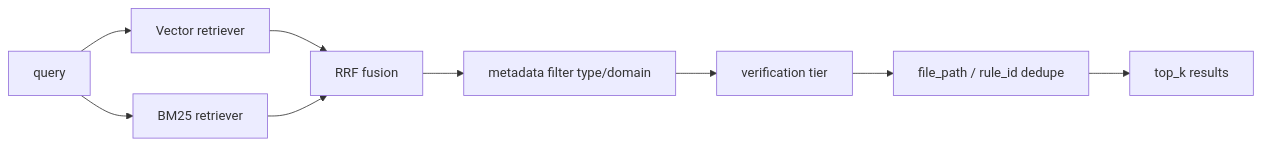
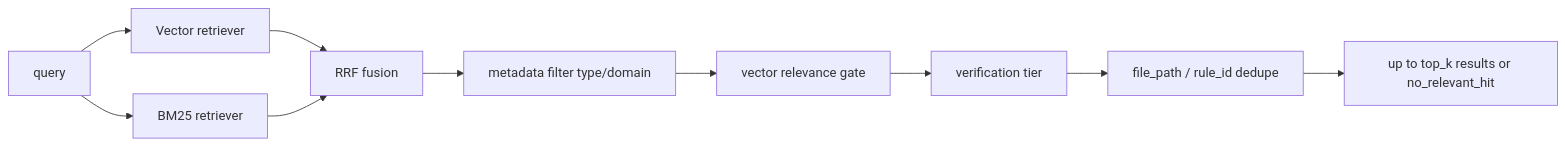
One commit to DJ-Huang/LeafLoom changed the second of 2 diagrams in docs/ARCHITECTURE.md. Above: the diagram before and after it, drawn with Mermaid. The commit also changed other lines of this file and 7 other files, not shown here.

````diff
--- a/docs/ARCHITECTURE.md
+++ b/docs/ARCHITECTURE.md
@@ -117,11 +117,12 @@
 ```mermaid
 flowchart LR
   Q[query] --> V[Vector retriever]
   Q --> B[BM25 retriever]
   V --> R[RRF fusion]
   B --> R
   R --> F[metadata filter type/domain]
-  F --> T[verification tier]
+  F --> G[vector relevance gate]
+  G --> T[verification tier]
   T --> D[file_path / rule_id dedupe]
-  D --> O[top_k results]
+  D --> O[up to top_k results or no_relevant_hit]
 ```
````
